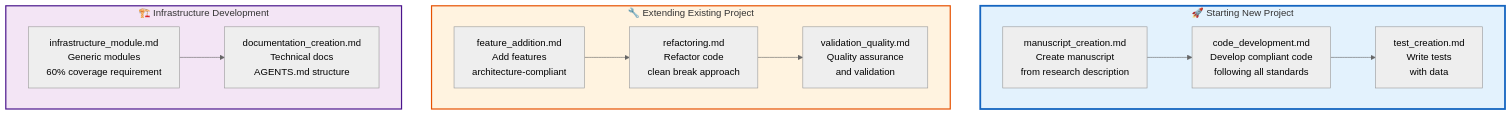
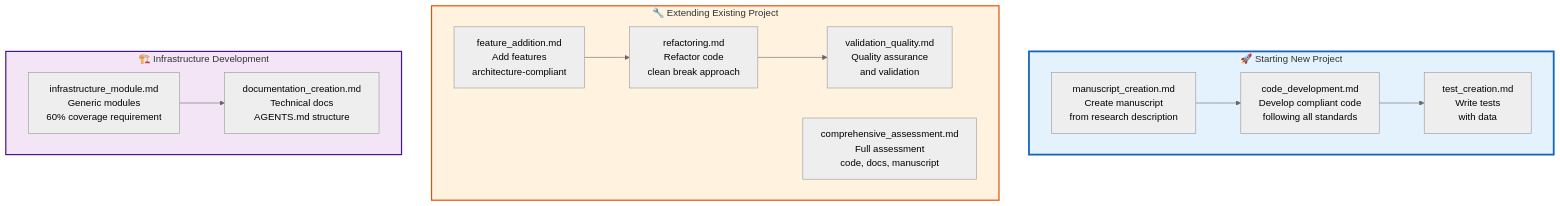
One commit to docxology/template changed the diagram in docs/prompts/README.md. Above: the diagram before and after it, drawn with Mermaid (neutral theme). The commit also changed other lines of this file and 277 other files, not shown here.

````diff
--- a/docs/prompts/README.md
+++ b/docs/prompts/README.md
@@ -33,33 +34,34 @@
 ```mermaid
 graph TD
     subgraph NewProject["🚀 Starting New Project"]
         MS[manuscript_creation.md<br/>Create manuscript<br/>from research description]
         CD[code_development.md<br/>Develop compliant code<br/>following all standards]
         TC[test_creation.md<br/>Write tests<br/>with data]
     end
 
     subgraph ExistingProject["🔧 Extending Existing Project"]
         FA[feature_addition.md<br/>Add features<br/>architecture-compliant]
         REF[refactoring.md<br/>Refactor code<br/>clean break approach]
         VAL[validation_quality.md<br/>Quality assurance<br/>and validation]
+        CA[comprehensive_assessment.md<br/>Full assessment<br/>code, docs, manuscript]
     end
 
     subgraph Infrastructure["🏗️ Infrastructure Development"]
         IM[infrastructure_module.md<br/>Generic modules<br/>60% coverage requirement]
         DC[documentation_creation.md<br/>Technical docs<br/>AGENTS.md structure]
     end
 
     MS --> CD
     CD --> TC
     FA --> REF
     REF --> VAL
     IM --> DC
 
     classDef core fill:#e3f2fd,stroke:#1565c0,stroke-width:3px
     classDef advanced fill:#fff3e0,stroke:#e65100,stroke-width:2px
     classDef infra fill:#f3e5f5,stroke:#4a148c,stroke-width:2px
 
     class NewProject core
     class ExistingProject advanced
     class Infrastructure infra
 ```
````
